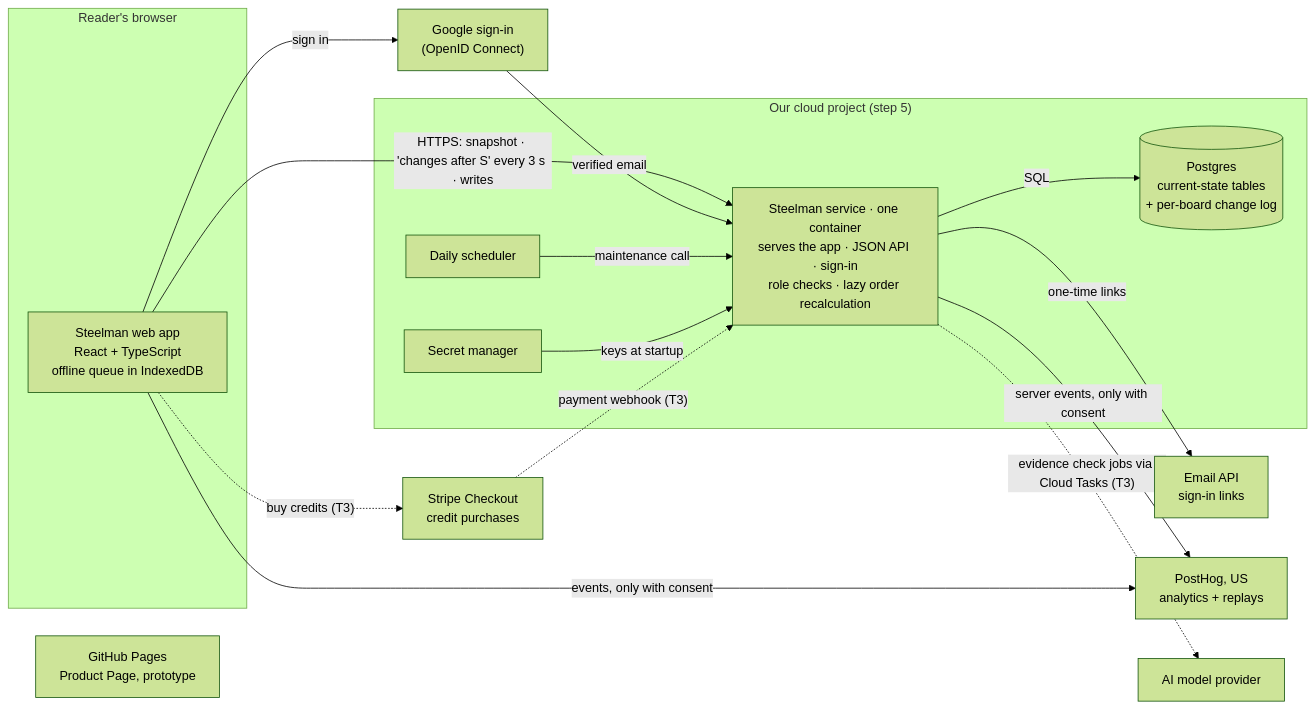
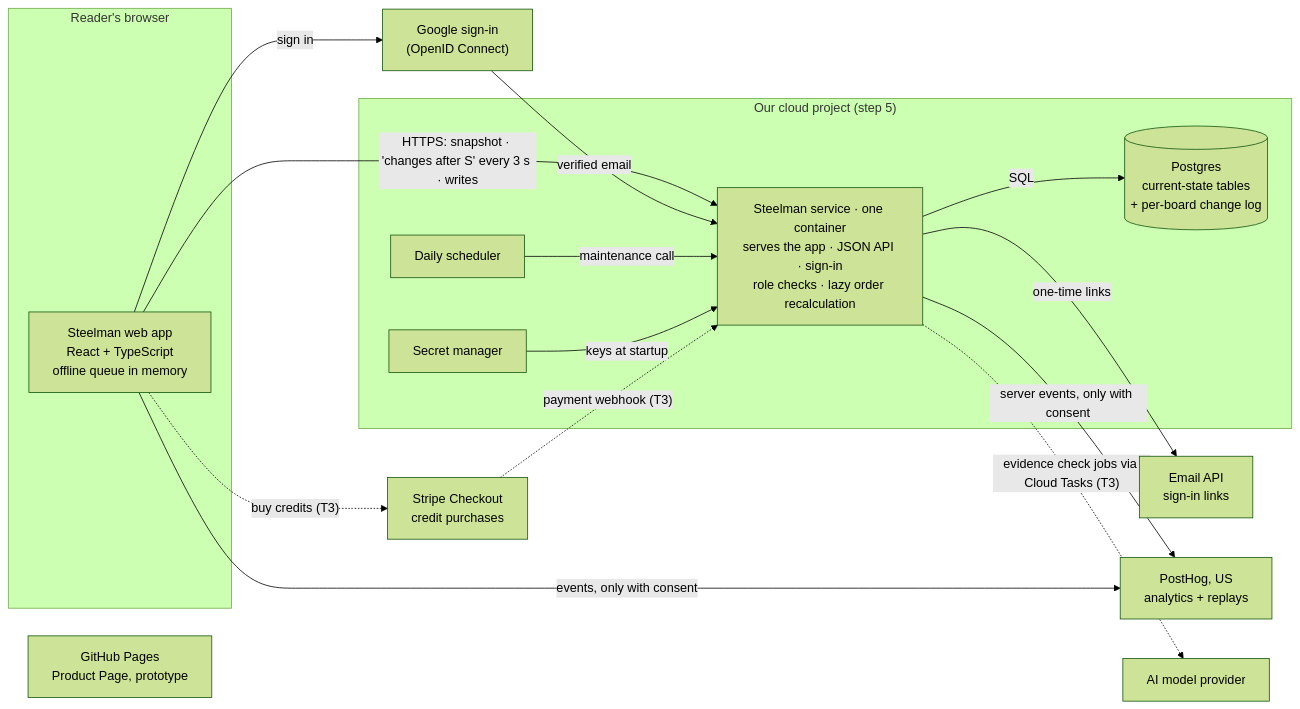
The diagram in plans/architecture.md (building-with-ai-f26/kfl8095-steelman), drawn with Mermaid (forest theme) before and after one commit. The commit also changed other lines of this file and 4 other files, not shown here.

First line of the commit message:
Keep the offline queue in memory for the MVP; mark the review approved

````diff
--- a/plans/architecture.md
+++ b/plans/architecture.md
@@ -311,33 +319,33 @@
 ```mermaid
 flowchart LR
   subgraph User["Reader's browser"]
-    App["Steelman web app<br/>React + TypeScript<br/>offline queue in IndexedDB"]
+    App["Steelman web app<br/>React + TypeScript<br/>offline queue in memory"]
   end
 
   subgraph Cloud["Our cloud project (step 5)"]
     Service["Steelman service · one container<br/>serves the app · JSON API · sign-in<br/>role checks · lazy order recalculation"]
     DB[("Postgres<br/>current-state tables<br/>+ per-board change log")]
     Daily["Daily scheduler"]
     Secrets["Secret manager"]
   end
 
   Google["Google sign-in<br/>(OpenID Connect)"]
   Mail["Email API<br/>sign-in links"]
   PH["PostHog, US<br/>analytics + replays"]
   Pages["GitHub Pages<br/>Product Page, prototype"]
   Model["AI model provider"]
   Stripe["Stripe Checkout<br/>credit purchases"]
 
   App -- "HTTPS: snapshot · 'changes after S' every 3 s · writes" --> Service
   Service -- "SQL" --> DB
   App -- "sign in" --> Google
   Google -- "verified email" --> Service
   Service -- "one-time links" --> Mail
   App -- "events, only with consent" --> PH
   Service -- "server events, only with consent" --> PH
   Daily -- "maintenance call" --> Service
   Secrets -- "keys at startup" --> Service
   Service -. "evidence check jobs via Cloud Tasks (T3)" .-> Model
   App -. "buy credits (T3)" .-> Stripe
   Stripe -. "payment webhook (T3)" .-> Service
 ```
````
